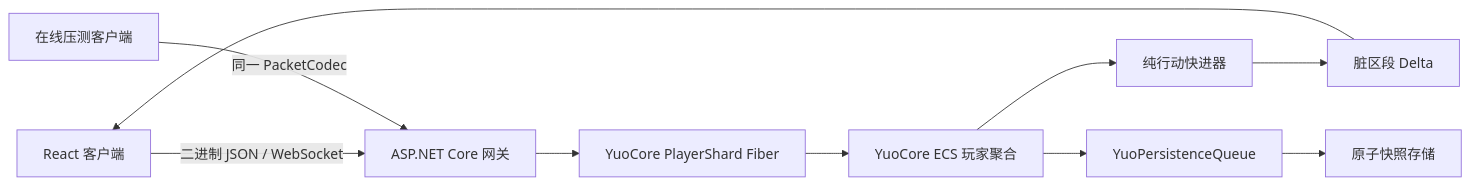
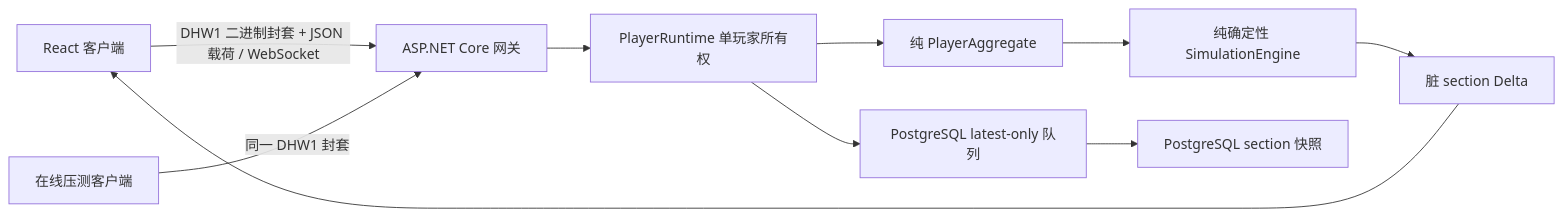
Before and after one commit to fruktoguo/daohua: the diagram in docs/design/initial-design.md, drawn with Mermaid. The commit also changed other lines of this file and 7 other files, not shown here.

````diff
--- a/docs/design/initial-design.md
+++ b/docs/design/initial-design.md
@@ -87,12 +89,12 @@
 ```mermaid
 flowchart LR
-    UI[React 客户端] -->|二进制 JSON / WebSocket| WS[ASP.NET Core 网关]
-    LOAD[在线压测客户端] -->|同一 PacketCodec| WS
-    WS --> FIBER[YuoCore PlayerShard Fiber]
-    FIBER --> ECS[YuoCore ECS 玩家聚合]
-    ECS --> SIM[纯行动快进器]
-    SIM --> DELTA[脏区段 Delta]
+    UI[React 客户端] -->|DHW1 二进制封套 + JSON 载荷 / WebSocket| WS[ASP.NET Core 网关]
+    LOAD[在线压测客户端] -->|同一 DHW1 封套| WS
+    WS --> RUNTIME[PlayerRuntime 单玩家所有权]
+    RUNTIME --> AGG[纯 PlayerAggregate]
+    AGG --> SIM[纯确定性 SimulationEngine]
+    SIM --> DELTA[脏 section Delta]
     DELTA --> UI
-    ECS --> QUEUE[YuoPersistenceQueue]
-    QUEUE --> SNAPSHOT[原子快照存储]
+    RUNTIME --> QUEUE[PostgreSQL latest-only 队列]
+    QUEUE --> SNAPSHOT[PostgreSQL section 快照]
 ```
````
